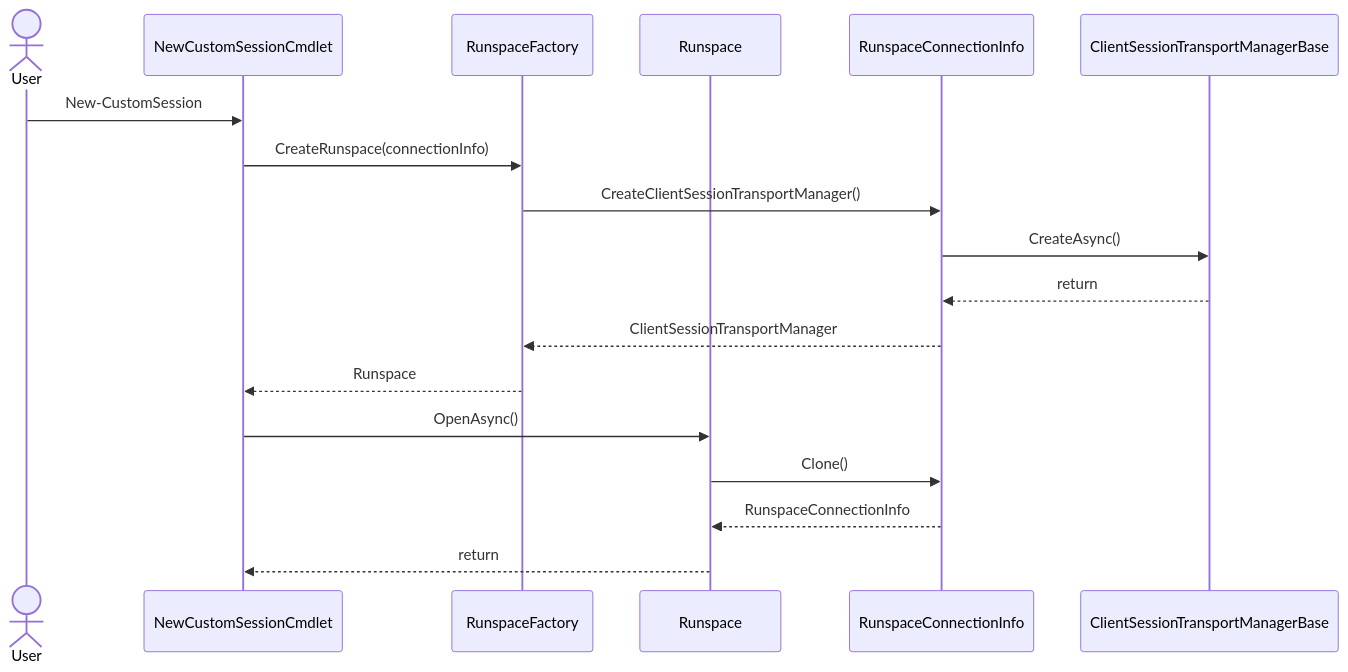
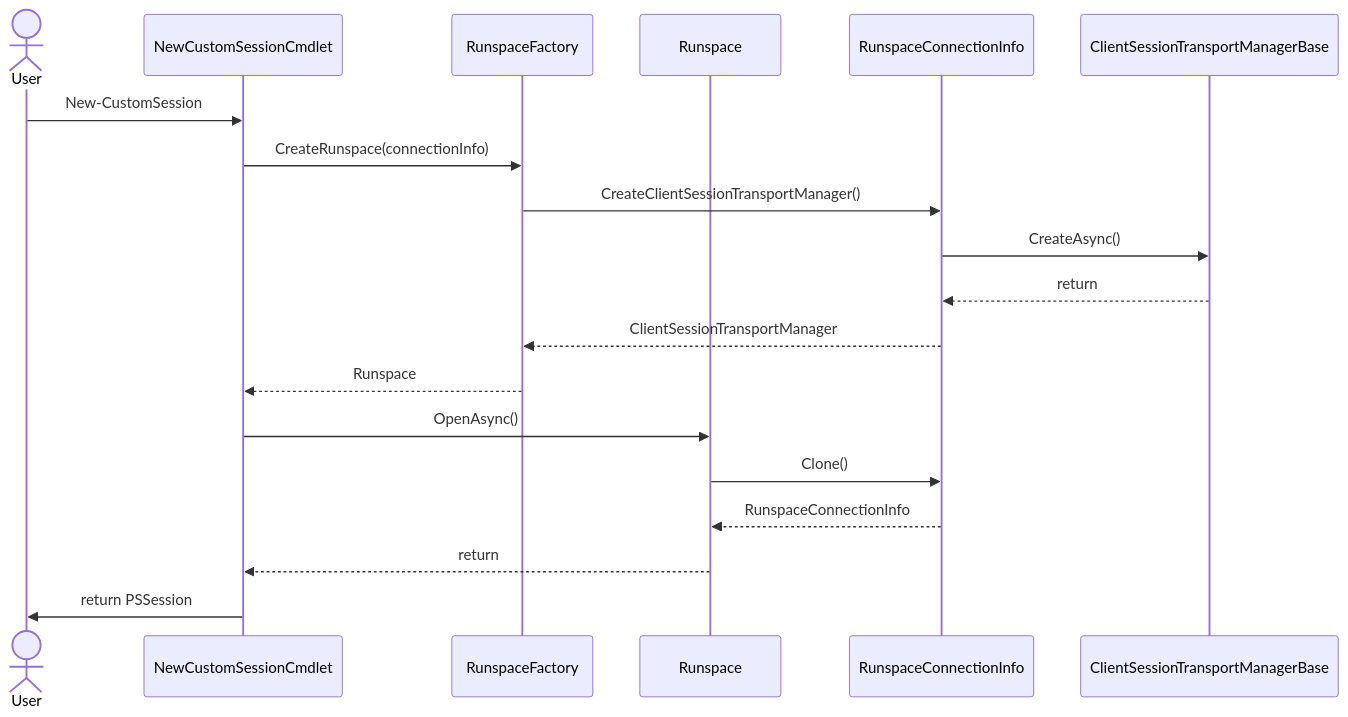
Before and after one commit to JustinGrote/PoshAnywhere: the diagram in README.MD, drawn with Mermaid. The commit also changed other lines of this file, not shown here.

````diff
--- a/README.MD
+++ b/README.MD
@@ -9,21 +43,21 @@
 ```mermaid
 sequenceDiagram
   actor A as User
   participant C as NewCustomSessionCmdlet
   participant F as RunspaceFactory
   participant R as Runspace
   participant I as RunspaceConnectionInfo
   participant T as ClientSessionTransportManagerBase
   A->>C: New-CustomSession
   C->>F: CreateRunspace(connectionInfo)
   F->>I: CreateClientSessionTransportManager()
   I->>T: CreateAsync()
   T-->>I: return
   I-->>F: ClientSessionTransportManager
   F-->>C: Runspace
   C->>R: OpenAsync()
   R->>I: Clone()
   I-->>R: RunspaceConnectionInfo
   R-->>C: return
-
+  C->>A: return PSSession
 ```
````
